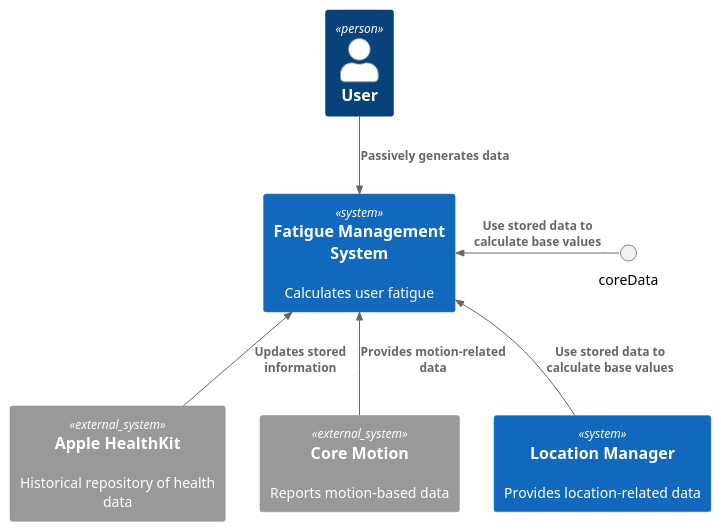
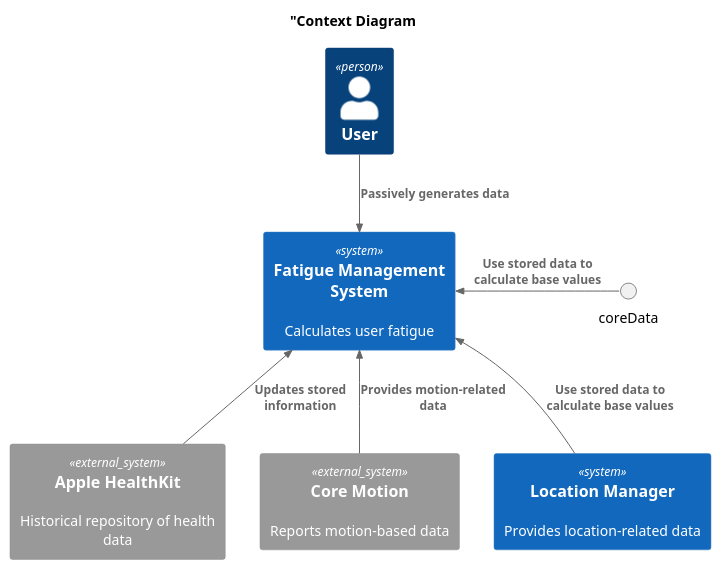
Before and after one commit to VC-658-Team/VC-658: the diagram in diagrams/context/context-diagram.puml, drawn with PlantUML. The commit also changed 3 other files, not shown here.

Commit message:
component diagram for data controller

```diff
--- a/diagrams/context/context-diagram.puml
+++ b/diagrams/context/context-diagram.puml
@@ -4,19 +4,20 @@
 @startuml Context-diagram
 !include  https://raw.githubusercontent.com/plantuml-stdlib/C4-PlantUML/master/C4_Context.puml
 
+title "Context Diagram
 
 Person(user, "User", )
-System_Ext(healthRepo, "Apple HealthKit", "Historical repository of health data")
+System_Ext(healthkit, "Apple HealthKit", "Historical repository of health data")
 System_Ext(coreMotion, "Core Motion", "Reports motion-based data")
 System(locationMgr, "Location Manager", "Provides location-related data")
 
 System(system, "Fatigue Management System", "Calculates user fatigue")
 
 Rel_D(user, system, "Passively generates data")
-Rel_U(healthRepo, system, "Updates stored information")
+Rel_U(healthkit, system, "Updates stored information")
 Rel_U(coreMotion, system, "Provides motion-related data")
 Rel_U(locationMgr, system, "Use stored data to calculate base values")
 Rel_L(coreData, system, "Use stored data to calculate base values")
 
 
 @enduml
```
